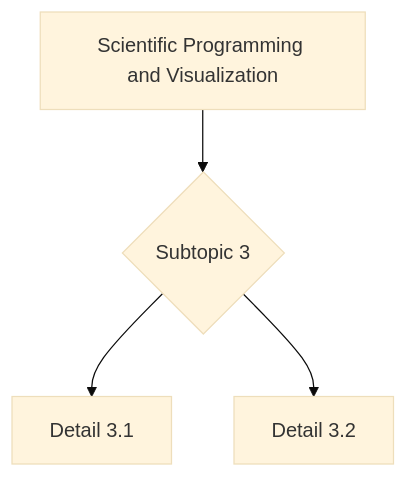
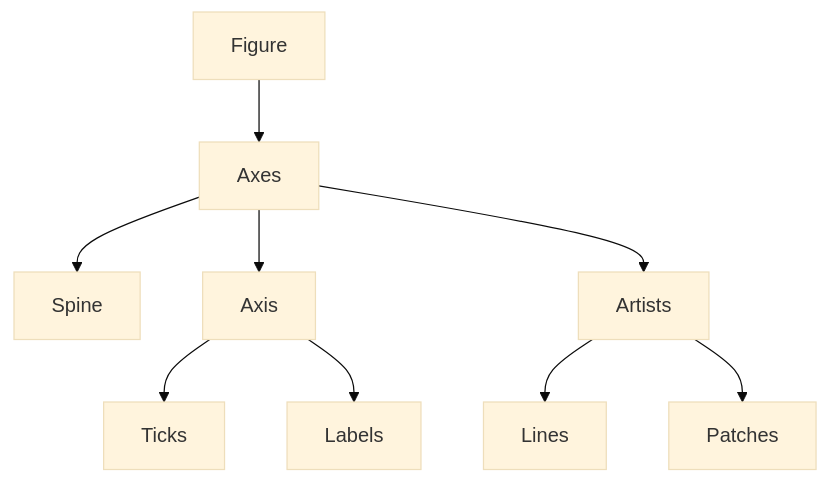
Before and after one commit to yip-lgtm/PhysicsSelfStudy: the second of 5 diagrams in 02_MSc_DataDriven_Modeling/core_courses/MSDM_5002/README.md, drawn with Mermaid (base theme). The commit also changed other lines of this file and 21 other files, not shown here.

````diff
--- a/02_MSc_DataDriven_Modeling/core_courses/MSDM_5002/README.md
+++ b/02_MSc_DataDriven_Modeling/core_courses/MSDM_5002/README.md
@@ -275,6 +351,11 @@
 ```mermaid
 graph TD
-    A[Scientific Programming and Visualization] --> B{Subtopic 3}
-    B --> C[Detail 3.1]
-    B --> D[Detail 3.2]
+    A[Figure] --> B[Axes]
+    B --> C[Spine]
+    B --> D[Axis]
+    D --> E[Ticks]
+    D --> F[Labels]
+    B --> G[Artists]
+    G --> H[Lines]
+    G --> I[Patches]
 ```
````
